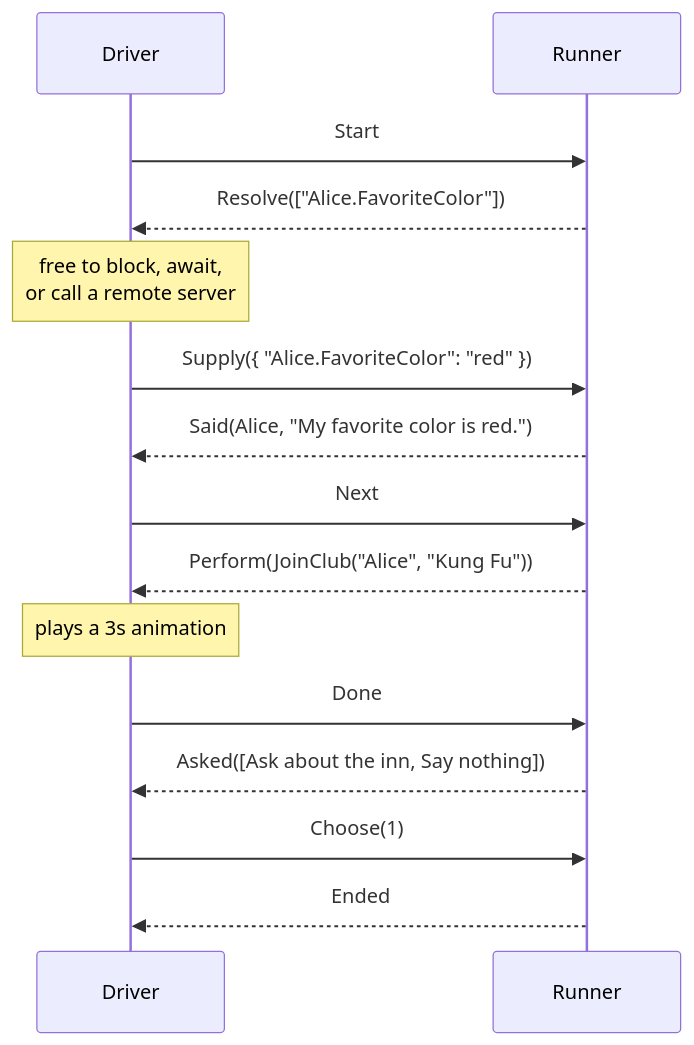
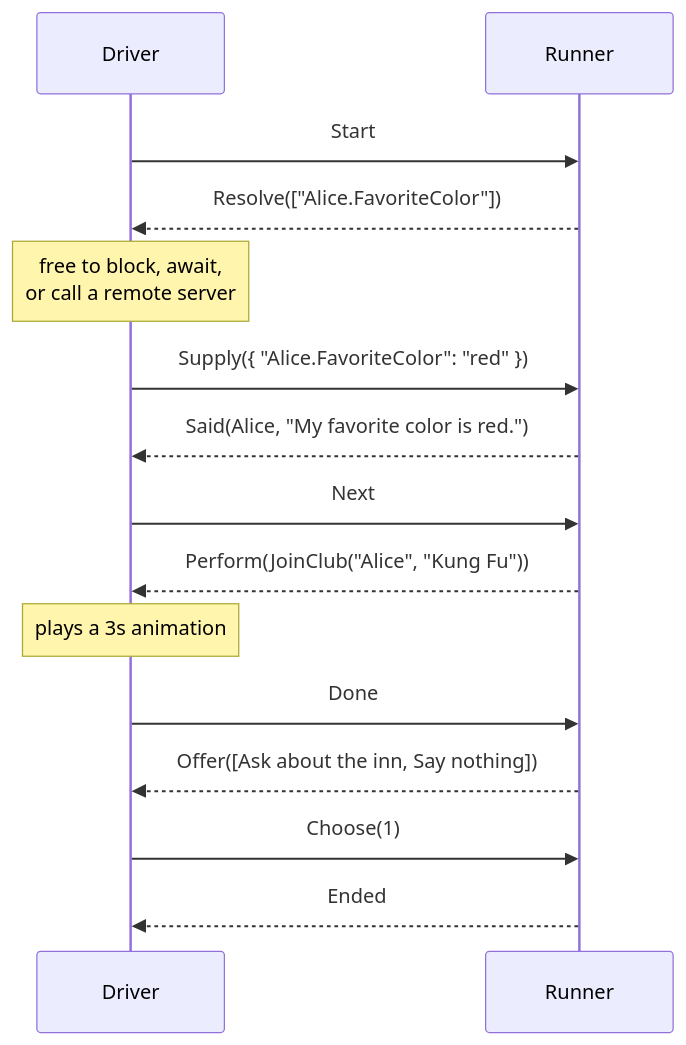
The second of 3 diagrams in docs/contributing/design-notes/runtime/Dialogue Runtime Architecture.md (pengzhengyi/dialoguedown), drawn with Mermaid before and after one commit. The commit also changed other lines of this file and 112 other files, not shown here.

````diff
--- a/docs/contributing/design-notes/runtime/Dialogue Runtime Architecture.md
+++ b/docs/contributing/design-notes/runtime/Dialogue Runtime Architecture.md
@@ -248,17 +249,17 @@
 ```mermaid
 sequenceDiagram
     participant D as Driver
     participant R as Runner
     D->>R: Start
     R-->>D: Resolve(["Alice.FavoriteColor"])
     Note over D: free to block, await,<br/>or call a remote server
     D->>R: Supply({ "Alice.FavoriteColor": "red" })
     R-->>D: Said(Alice, "My favorite color is red.")
     D->>R: Next
     R-->>D: Perform(JoinClub("Alice", "Kung Fu"))
     Note over D: plays a 3s animation
     D->>R: Done
-    R-->>D: Asked([Ask about the inn, Say nothing])
+    R-->>D: Offer([Ask about the inn, Say nothing])
     D->>R: Choose(1)
     R-->>D: Ended
 ```
````
